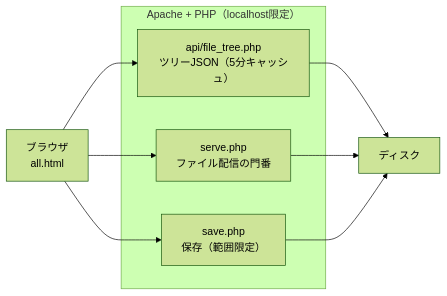
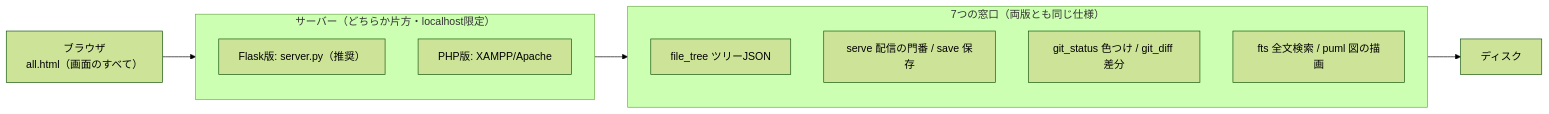
Before and after one commit to hatohato-lab/hatohatoscope: the diagram in README.md, drawn with Mermaid (forest theme). The commit also changed other lines of this file and 2 other files, not shown here.

````diff
--- a/README.md
+++ b/README.md
@@ -61,16 +46,17 @@
 ```mermaid
 flowchart LR
-    B["ブラウザ<br/>all.html"]
-    subgraph AP["Apache + PHP（localhost限定）"]
-        T["api/file_tree.php<br/>ツリーJSON（5分キャッシュ）"]
-        S["serve.php<br/>ファイル配信の門番"]
-        W["save.php<br/>保存（範囲限定）"]
+    B["ブラウザ<br/>all.html（画面のすべて）"]
+    subgraph SV["サーバー（どちらか片方・localhost限定）"]
+        direction TB
+        A1["Flask版: server.py（推奨）"]
+        A2["PHP版: XAMPP/Apache"]
+    end
+    subgraph EP["7つの窓口（両版とも同じ仕様）"]
+        T["file_tree ツリーJSON"]
+        S["serve 配信の門番 / save 保存"]
+        G["git_status 色つけ / git_diff 差分"]
+        F["fts 全文検索 / puml 図の描画"]
     end
     D["ディスク"]
-    B --> T
-    B --> S
-    B --> W
-    T --> D
-    S --> D
-    W --> D
+    B --> SV --> EP --> D
 ```
````
